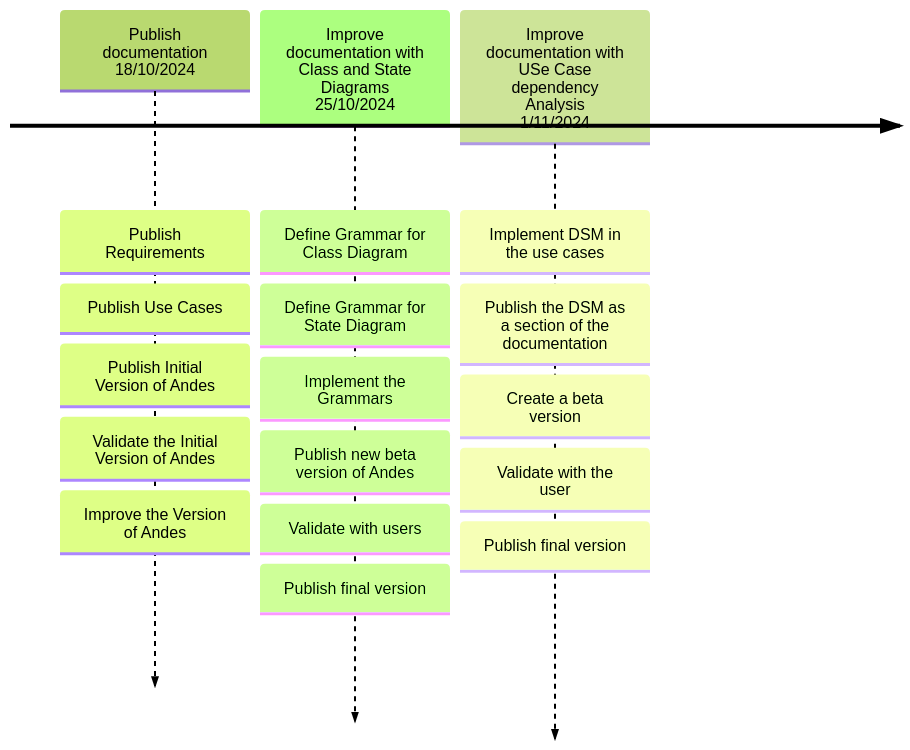
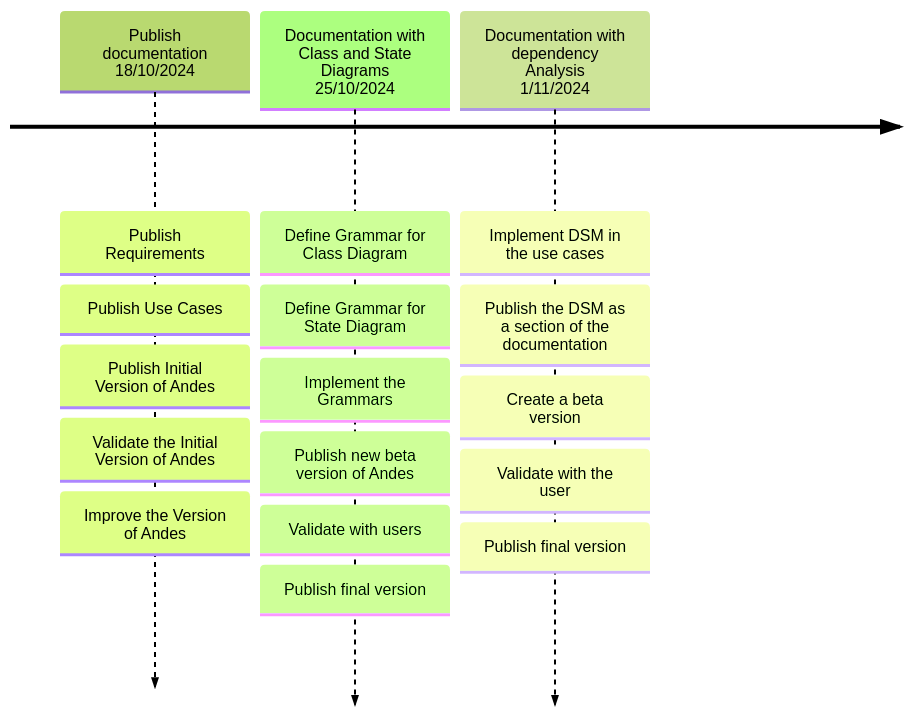
Before and after one commit to leds-org/leds-tools-public: the diagram in docs/tools/mdd/andes/project_managment.md, drawn with Mermaid.

````diff
--- a/docs/tools/mdd/andes/project_managment.md
+++ b/docs/tools/mdd/andes/project_managment.md
@@ -27,32 +27,32 @@
 ```mermaid
 %%{
   init: {
     'logLevel': 'debug',
     'theme': 'forest',
     'themeCSS': '.taskText, .taskTextOutsideRight, .taskTextOutsideLeft { font-size: 20px; }'
   }
 }%%
 timeline
    
     Publish documentation <br> 18/10/2024 : Publish Requirements 
                                                       : Publish Use Cases
                                                       : Publish Initial Version of Andes
                                                       : Validate the Initial Version of Andes
                                                       : Improve the Version of Andes
 
 
-    Improve documentation with  Class and State Diagrams <br> 25/10/2024 : Define Grammar for Class Diagram
+    Documentation with Class and State Diagrams <br> 25/10/2024 : Define Grammar for Class Diagram
                                                     : Define Grammar for State Diagram
                                                     : Implement the Grammars 
                                                     : Publish new beta version of Andes
                                                     : Validate with users
                                                     : Publish final version
 
-    Improve documentation with USe Case dependency Analysis <br> 1/11/2024 : Implement DSM in the use cases
+    Documentation with dependency Analysis <br> 1/11/2024 : Implement DSM in the use cases
                                             : Publish the DSM as a section of the documentation
                                             : Create a beta version 
                                             : Validate with the user
                                             : Publish final version
 
 
 ```
````
